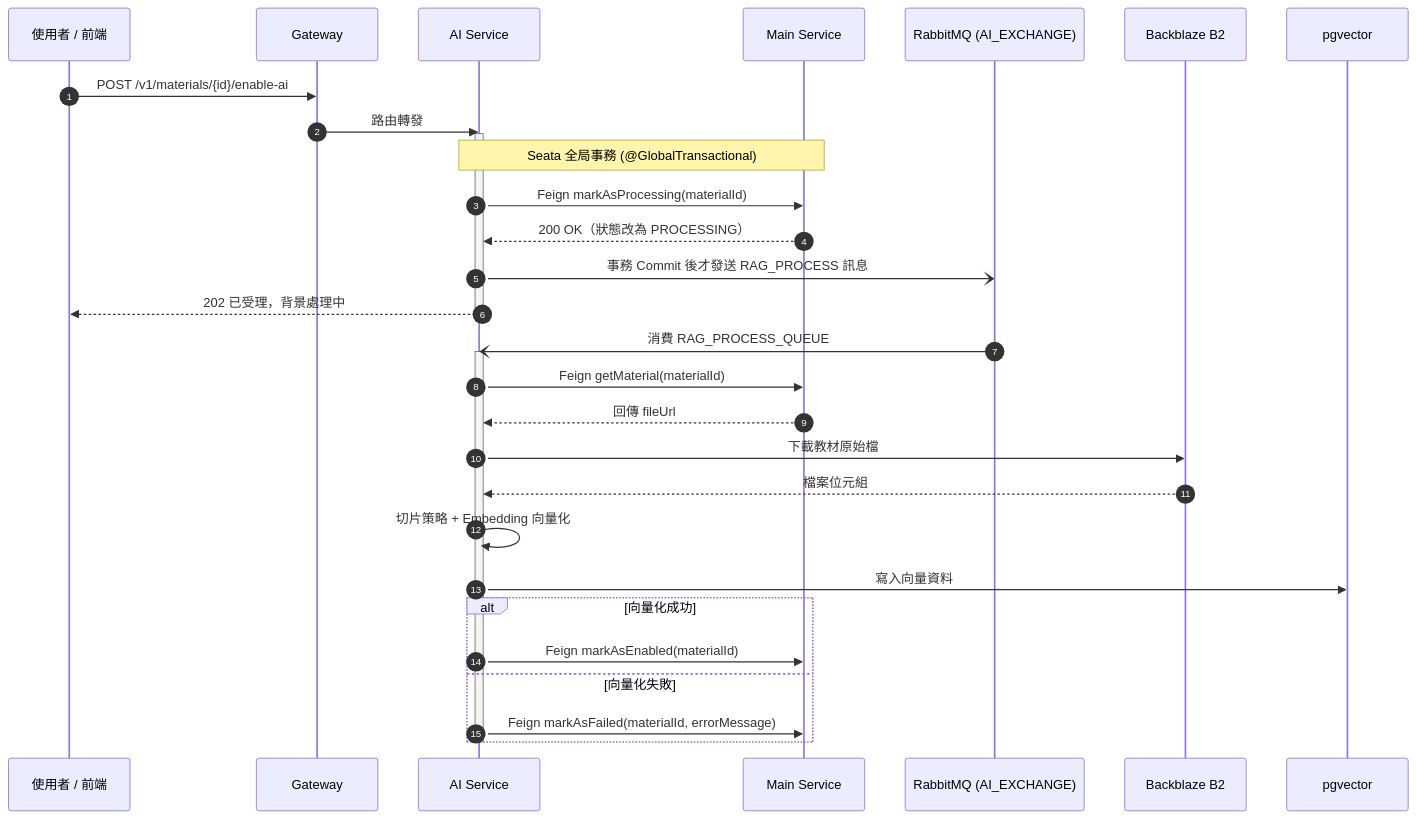
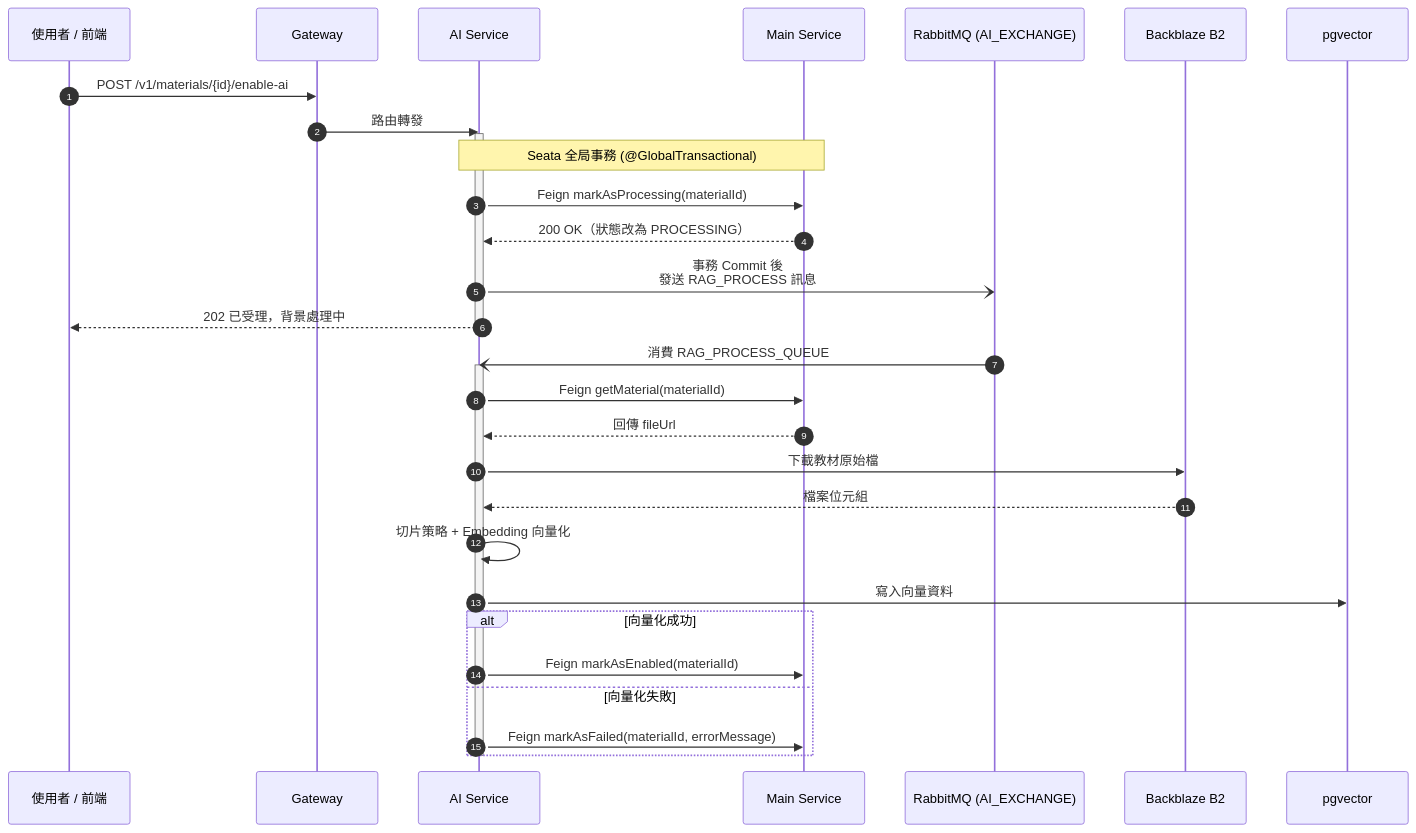
One commit to hysyoi/classcord-docs changed the first of 2 diagrams in docs/index.md. Above: the diagram before and after it, drawn with Mermaid. The commit also changed other lines of this file and 1 other file, not shown here.

First line of the commit message:
fix: 同步架構圖與亮點摘要至最新狀態

````diff
--- a/docs/index.md
+++ b/docs/index.md
@@ -204,36 +142,36 @@
 ```mermaid
 sequenceDiagram
     autonumber
     participant U as 使用者 / 前端
     participant GW as Gateway
     participant AI as AI Service
     participant Main as Main Service
     participant MQ as RabbitMQ (AI_EXCHANGE)
     participant B2 as Backblaze B2
     participant PG as pgvector
 
     U->>GW: POST /v1/materials/{id}/enable-ai
     GW->>AI: 路由轉發
     activate AI
     Note over AI,Main: Seata 全局事務 (@GlobalTransactional)
     AI->>Main: Feign markAsProcessing(materialId)
     Main-->>AI: 200 OK（狀態改為 PROCESSING）
-    AI-)MQ: 事務 Commit 後才發送 RAG_PROCESS 訊息
+    AI-)MQ: 事務 Commit 後<br/>發送 RAG_PROCESS 訊息
     AI-->>U: 202 已受理，背景處理中
     deactivate AI
 
     MQ-)AI: 消費 RAG_PROCESS_QUEUE
     activate AI
     AI->>Main: Feign getMaterial(materialId)
     Main-->>AI: 回傳 fileUrl
     AI->>B2: 下載教材原始檔
     B2-->>AI: 檔案位元組
     AI->>AI: 切片策略 + Embedding 向量化
     AI->>PG: 寫入向量資料
     alt 向量化成功
         AI->>Main: Feign markAsEnabled(materialId)
     else 向量化失敗
         AI->>Main: Feign markAsFailed(materialId, errorMessage)
     end
     deactivate AI
 ```
````
